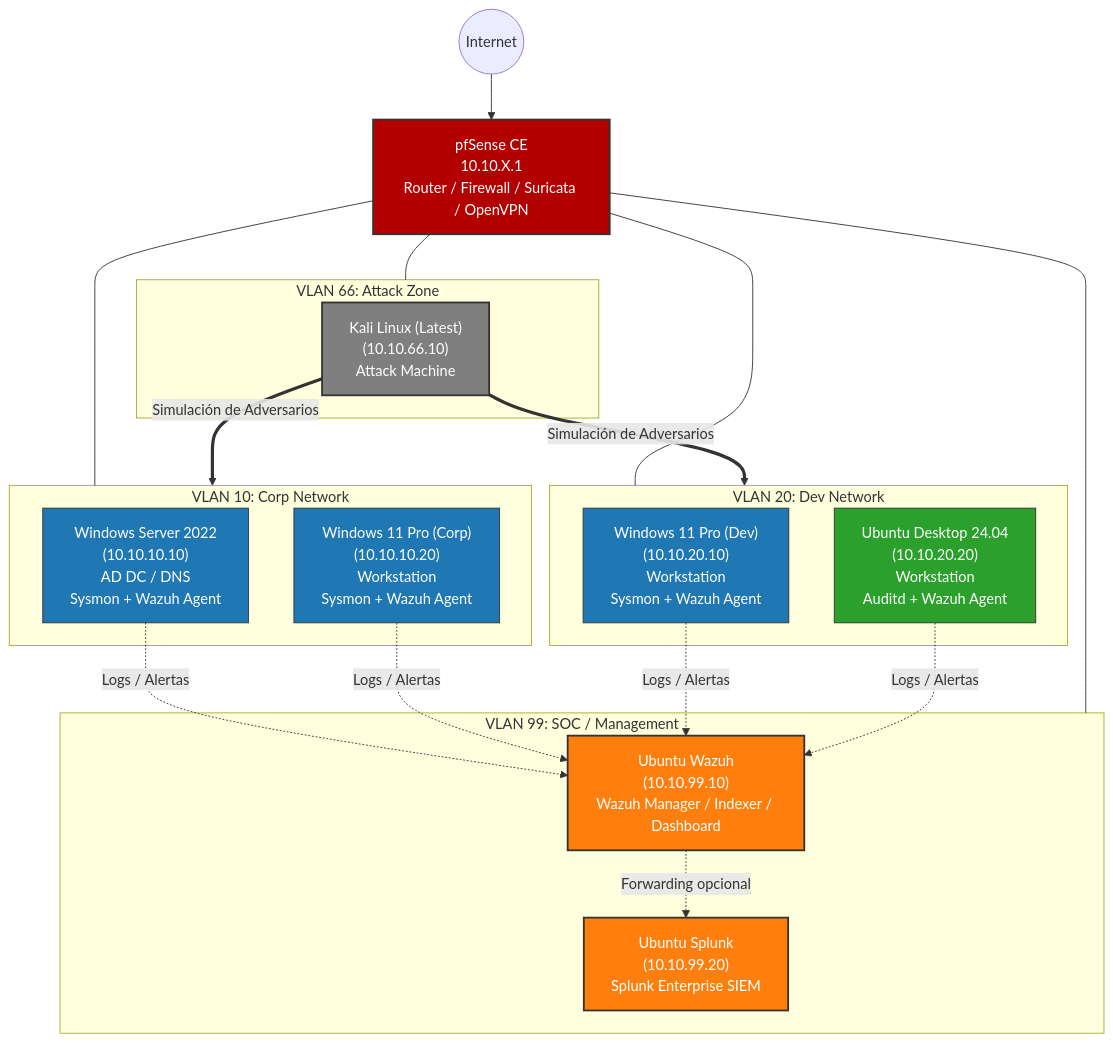
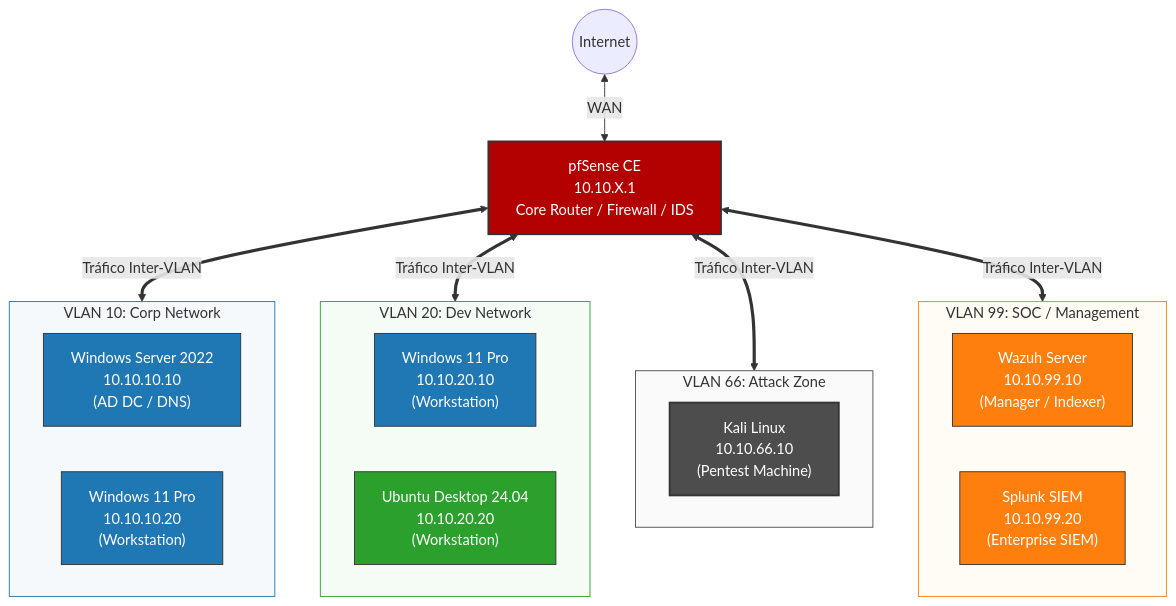
Before and after one commit to DanielBandarica02/SOC-HomeLab: the diagram in README.md, drawn with Mermaid.

````diff
--- a/README.md
+++ b/README.md
@@ -17,57 +17,52 @@
 ```mermaid
 graph TD
-    %% Estilos de Nodos y Subredes
+    %% Configuración de Orientación
+    direction TB
+
+    %% Estilos Globales y de Nodos
     classDef firewall fill:#b30000,stroke:#333,stroke-width:2px,color:#fff;
     classDef windows fill:#1f77b4,stroke:#333,stroke-width:1px,color:#fff;
     classDef linux fill:#2ca02c,stroke:#333,stroke-width:1px,color:#fff;
-    classDef soc fill:#ff7f0e,stroke:#333,stroke-width:2px,color:#fff;
-    classDef kali fill:#7f7f7f,stroke:#333,stroke-width:2px,color:#fff;
+    classDef soc fill:#ff7f0e,stroke:#333,stroke-width:1px,color:#fff;
+    classDef kali fill:#4d4d4d,stroke:#333,stroke-width:2px,color:#fff;
+    classDef zone fill:#f9f9f9,stroke:#666,stroke-width:1px,stroke-dasharray: 5 5;
 
-    %% Nodo de Internet / WAN
-    Internet((Internet)) --> pfSense
+    %% Perímetro / WAN
+    Internet((Internet)) <--> |WAN| pfSense
 
-    %% Router / Firewall Principal
-    pfSense[pfSense CE<br>10.10.X.1<br>Router / Firewall / Suricata / OpenVPN]:::firewall
+    %% Core de Red (Firewall Centralizado)
+    pfSense[pfSense CE<br>10.10.X.1<br>Core Router / Firewall / IDS]:::firewall
 
-    %% Segmento VLAN 10
-    subgraph VLAN_10 [VLAN 10: Corp Network]
-        WinServer["Windows Server 2022<br>(10.10.10.10)<br>AD DC / DNS<br>Sysmon + Wazuh Agent"]:::windows
-        Win11Corp["Windows 11 Pro (Corp)<br>(10.10.10.20)<br>Workstation<br>Sysmon + Wazuh Agent"]:::windows
+    %% Segmentos de Red (Zonas Aisladas Lógicamente)
+    
+    subgraph V10 [VLAN 10: Corp Network]
+        WinServer["Windows Server 2022<br>10.10.10.10<br>(AD DC / DNS)"]:::windows
+        Win11Corp["Windows 11 Pro<br>10.10.10.20<br>(Workstation)"]:::windows
     end
 
-    %% Segmento VLAN 20
-    subgraph VLAN_20 [VLAN 20: Dev Network]
-        Win11Dev["Windows 11 Pro (Dev)<br>(10.10.20.10)<br>Workstation<br>Sysmon + Wazuh Agent"]:::windows
-        UbuntuDesk["Ubuntu Desktop 24.04<br>(10.10.20.20)<br>Workstation<br>Auditd + Wazuh Agent"]:::linux
+    subgraph V20 [VLAN 20: Dev Network]
+        Win11Dev["Windows 11 Pro<br>10.10.20.10<br>(Workstation)"]:::windows
+        UbuntuDesk["Ubuntu Desktop 24.04<br>10.10.20.20<br>(Workstation)"]:::linux
     end
 
-    %% Segmento VLAN 66
-    subgraph VLAN_66 [VLAN 66: Attack Zone]
-        Kali["Kali Linux (Latest)<br>(10.10.66.10)<br>Attack Machine"]:::kali
+    subgraph V66 [VLAN 66: Attack Zone]
+        Kali["Kali Linux<br>10.10.66.10<br>(Pentest Machine)"]:::kali
     end
 
-    %% Segmento VLAN 99
-    subgraph VLAN_99 [VLAN 99: SOC / Management]
-        Wazuh["Ubuntu Wazuh<br>(10.10.99.10)<br>Wazuh Manager / Indexer / Dashboard"]:::soc
-        Splunk["Ubuntu Splunk<br>(10.10.99.20)<br>Splunk Enterprise SIEM"]:::soc
+    subgraph V99 [VLAN 99: SOC / Management]
+        Wazuh["Wazuh Server<br>10.10.99.10<br>(Manager / Indexer)"]:::soc
+        Splunk["Splunk SIEM<br>10.10.99.20<br>(Enterprise SIEM)"]:::soc
     end
 
-    %% Conexiones de Red a través de pfSense
-    pfSense --- VLAN_10
-    pfSense --- VLAN_20
-    pfSense --- VLAN_66
-    pfSense --- VLAN_99
+    %% Enlaces Troncales Únicos al pfSense (Representa el etiquetado 802.1Q)
+    pfSense <==> |Tráfico Inter-VLAN| V10
+    pfSense <==> |Tráfico Inter-VLAN| V20
+    pfSense <==> |Tráfico Inter-VLAN| V66
+    pfSense <==> |Tráfico Inter-VLAN| V99
 
-    %% Flujos de Telemetría (Agentes enviando logs al SOC)
-    WinServer -.->|Logs / Alertas| Wazuh
-    Win11Corp -.->|Logs / Alertas| Wazuh
-    Win11Dev -.->|Logs / Alertas| Wazuh
-    UbuntuDesk -.->|Logs / Alertas| Wazuh
-    
-    %% Envío de Logs entre sistemas SOC si aplica
-    Wazuh -.->|Forwarding opcional| Splunk
-
-    %% Flujo de Ataque Simulado
-    Kali ==>|Simulación de Adversarios| VLAN_10
-    Kali ==>|Simulación de Adversarios| VLAN_20
+    %% Estilos de los contenedores para documentación limpia
+    style V10 fill:#f5f9fc,stroke:#1f77b4,stroke-width:1px;
+    style V20 fill:#f5fcf5,stroke:#2ca02c,stroke-width:1px;
+    style V66 fill:#fafafa,stroke:#4d4d4d,stroke-width:1px;
+    style V99 fill:#fffbf5,stroke:#ff7f0e,stroke-width:1px;
 ```
````
